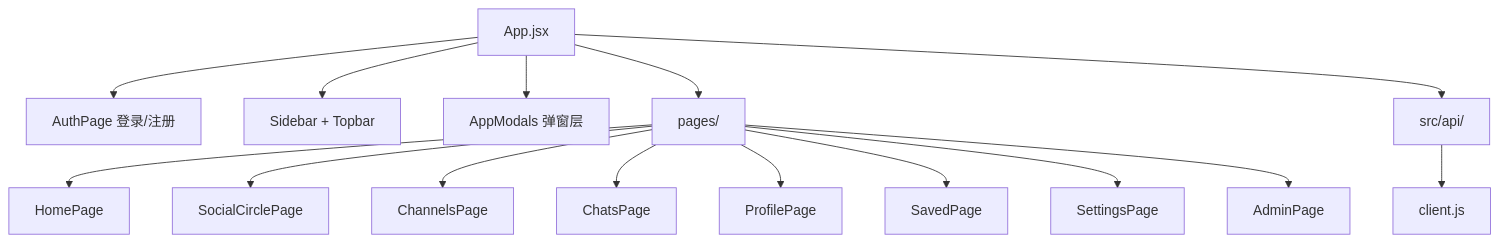
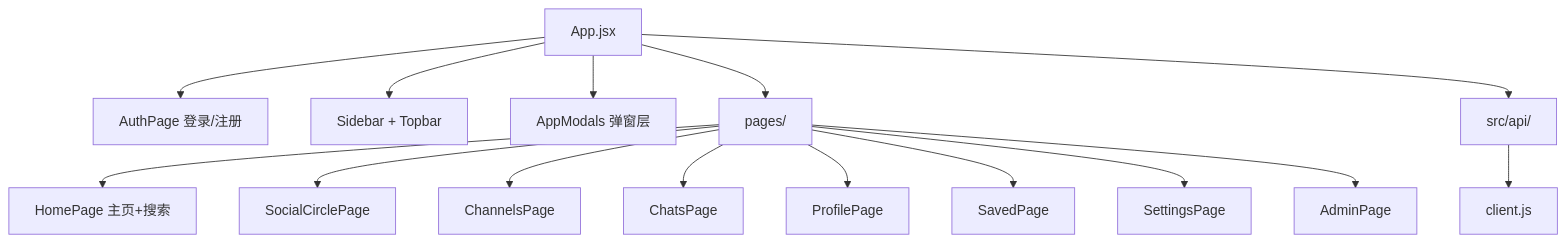
The second of 18 diagrams in docs/系统设计说明书.md (oliviawxx/whucircle), drawn with Mermaid before and after one commit. The commit also changed other lines of this file and 13 other files, not shown here.

````diff
--- a/docs/系统设计说明书.md
+++ b/docs/系统设计说明书.md
@@ -25,17 +26,17 @@
 ```mermaid
 flowchart TD
     APP["App.jsx"] --> AUTH["AuthPage 登录/注册"]
     APP --> LAYOUT["Sidebar + Topbar"]
     APP --> MODAL["AppModals 弹窗层"]
     APP --> PAGES["pages/"]
-    PAGES --> HOME["HomePage"]
+    PAGES --> HOME["HomePage 主页+搜索"]
     PAGES --> SOCIAL["SocialCirclePage"]
     PAGES --> CHANNELS["ChannelsPage"]
     PAGES --> CHATS["ChatsPage"]
     PAGES --> PROFILE["ProfilePage"]
     PAGES --> SAVED["SavedPage"]
     PAGES --> SETTINGS["SettingsPage"]
     PAGES --> ADMIN["AdminPage"]
     APP --> API["src/api/"]
     API --> CLIENT["client.js"]
 ```
````
